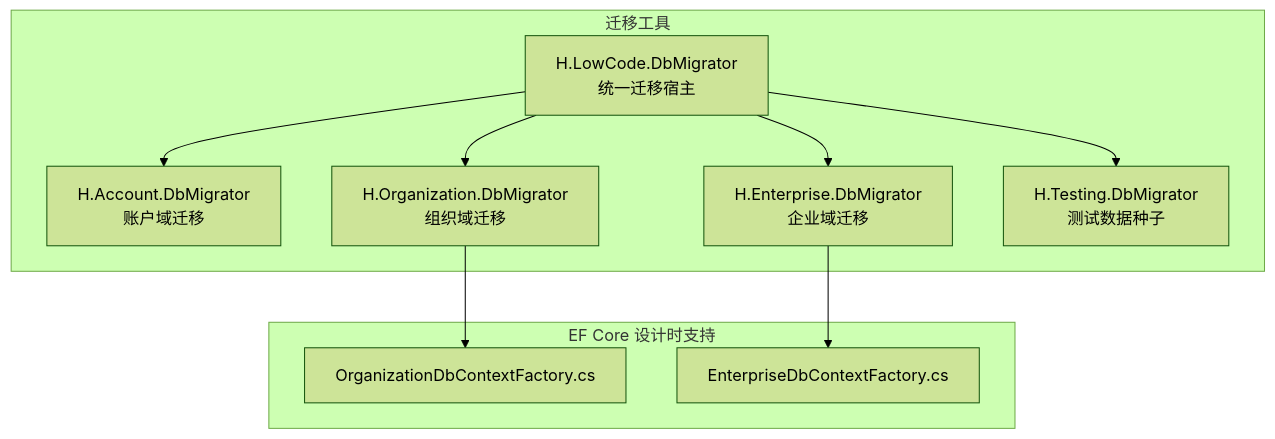
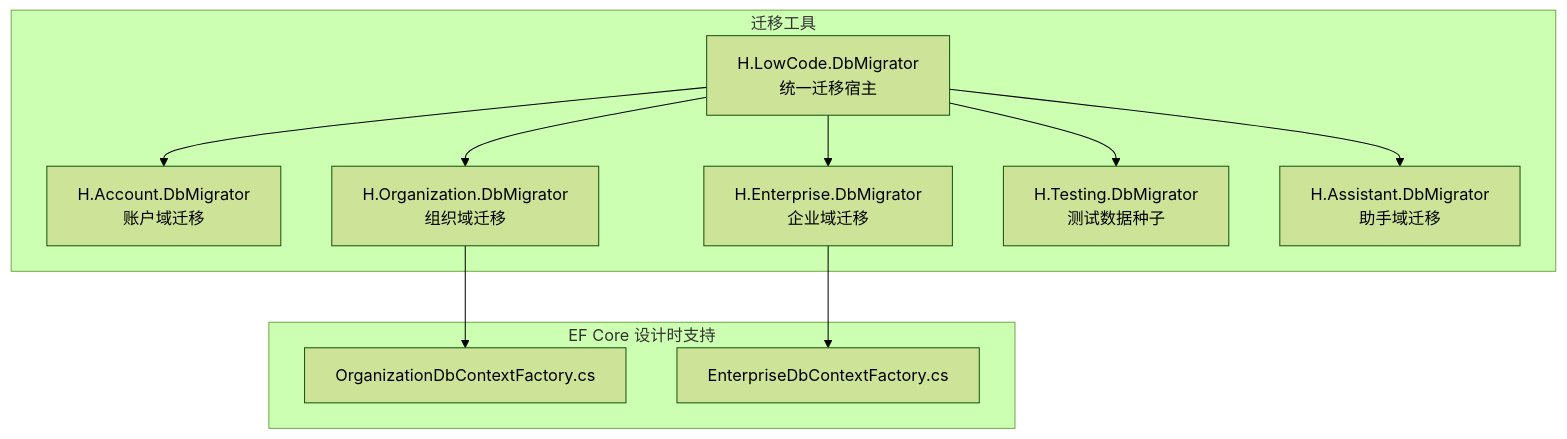
One commit to openlowcodelab/lowcode changed the first of 7 diagrams in .qoder/repowiki/zh/content/数据访问层/数据库迁移管理.md. Above: the diagram before and after it, drawn with Mermaid (forest theme). The commit also changed other lines of this file and 56 other files, not shown here.

````diff
--- a/.qoder/repowiki/zh/content/数据访问层/数据库迁移管理.md
+++ b/.qoder/repowiki/zh/content/数据访问层/数据库迁移管理.md
@@ -46,20 +63,22 @@
 ```mermaid
 graph TB
 subgraph "迁移工具"
 A["H.LowCode.DbMigrator<br/>统一迁移宿主"]
 B["H.Account.DbMigrator<br/>账户域迁移"]
 C["H.Organization.DbMigrator<br/>组织域迁移"]
 D["H.Enterprise.DbMigrator<br/>企业域迁移"]
 E["H.Testing.DbMigrator<br/>测试数据种子"]
+F["H.Assistant.DbMigrator<br/>助手域迁移"]
 end
 subgraph "EF Core 设计时支持"
-F["OrganizationDbContextFactory.cs"]
-G["EnterpriseDbContextFactory.cs"]
+G["OrganizationDbContextFactory.cs"]
+H["EnterpriseDbContextFactory.cs"]
 end
 A --> B
 A --> C
 A --> D
 A --> E
-C --> F
-D --> G
+A --> F
+C --> G
+D --> H
 ```
````
